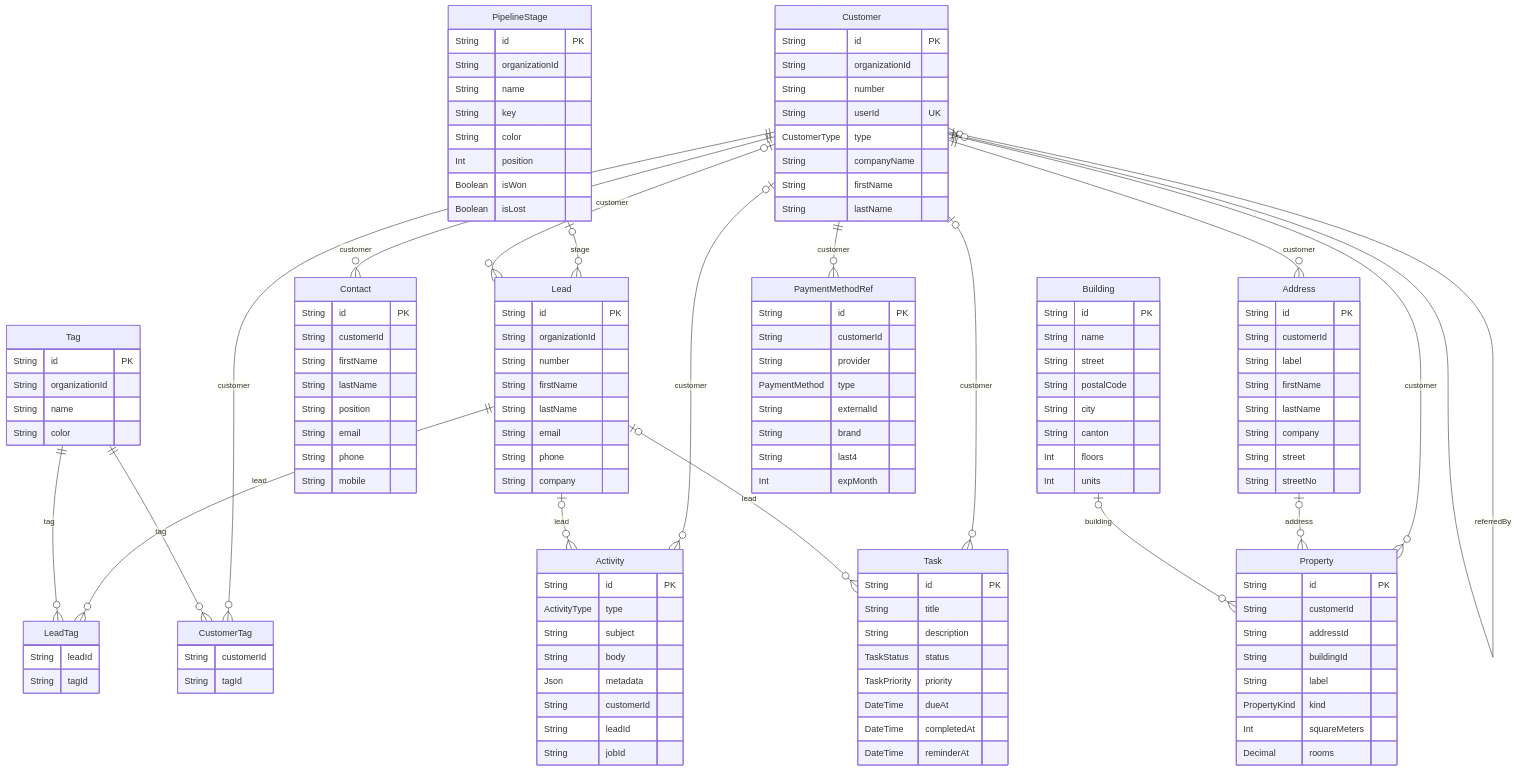
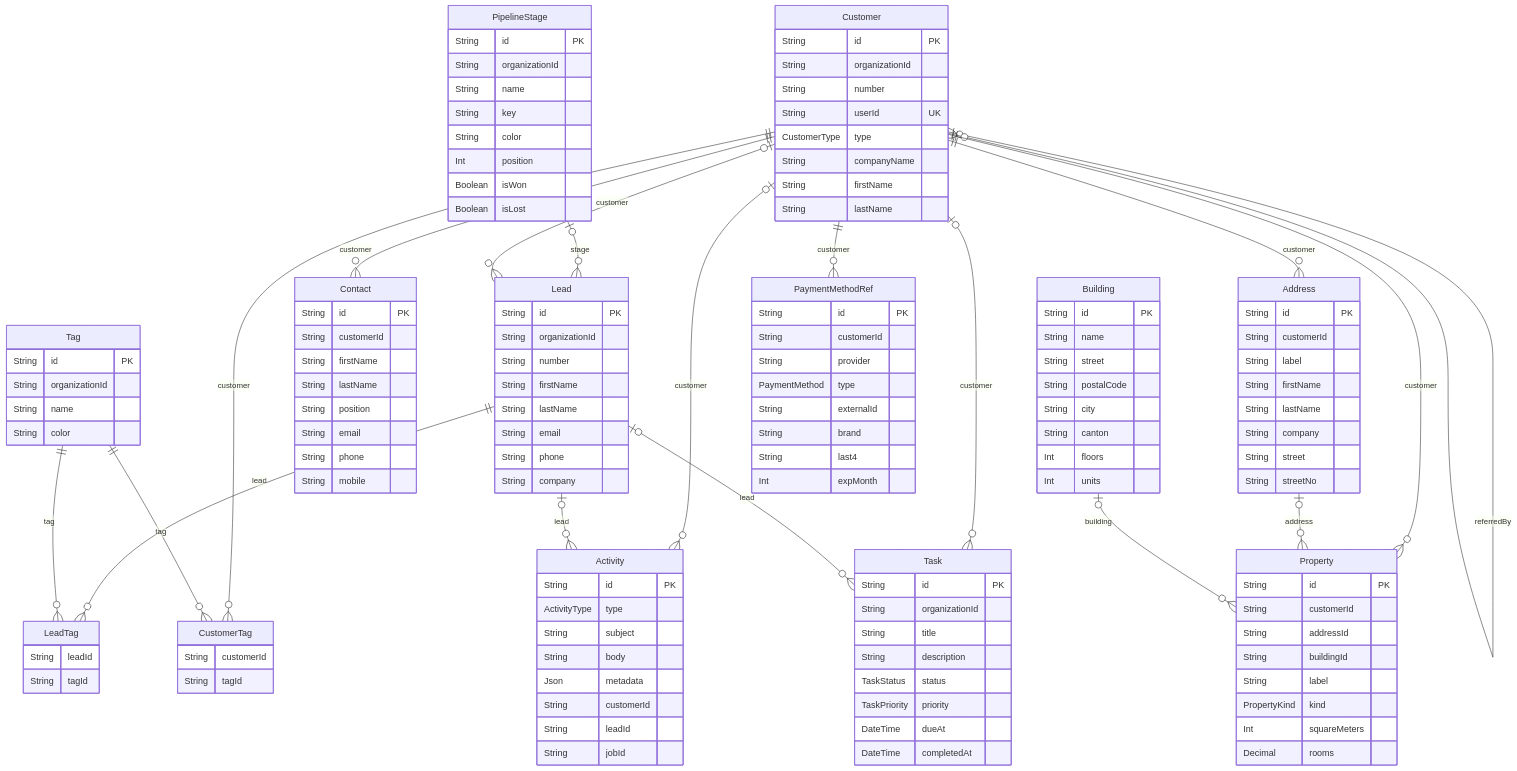
Before and after one commit to javadqasemi/Clenaris: the fifth of 15 diagrams in docs/DATABASE.md, drawn with Mermaid. The commit also changed other lines of this file and 21 other files, not shown here.

```diff
--- a/docs/DATABASE.md
+++ b/docs/DATABASE.md
@@ -434,13 +434,13 @@
   }
   Task {
     String id PK
+    String organizationId
     String title
     String description
     TaskStatus status
     TaskPriority priority
     DateTime dueAt
     DateTime completedAt
-    DateTime reminderAt
   }
   PipelineStage |o--o{ Lead : "stage"
   Customer |o--o{ Lead : "customer"
```
